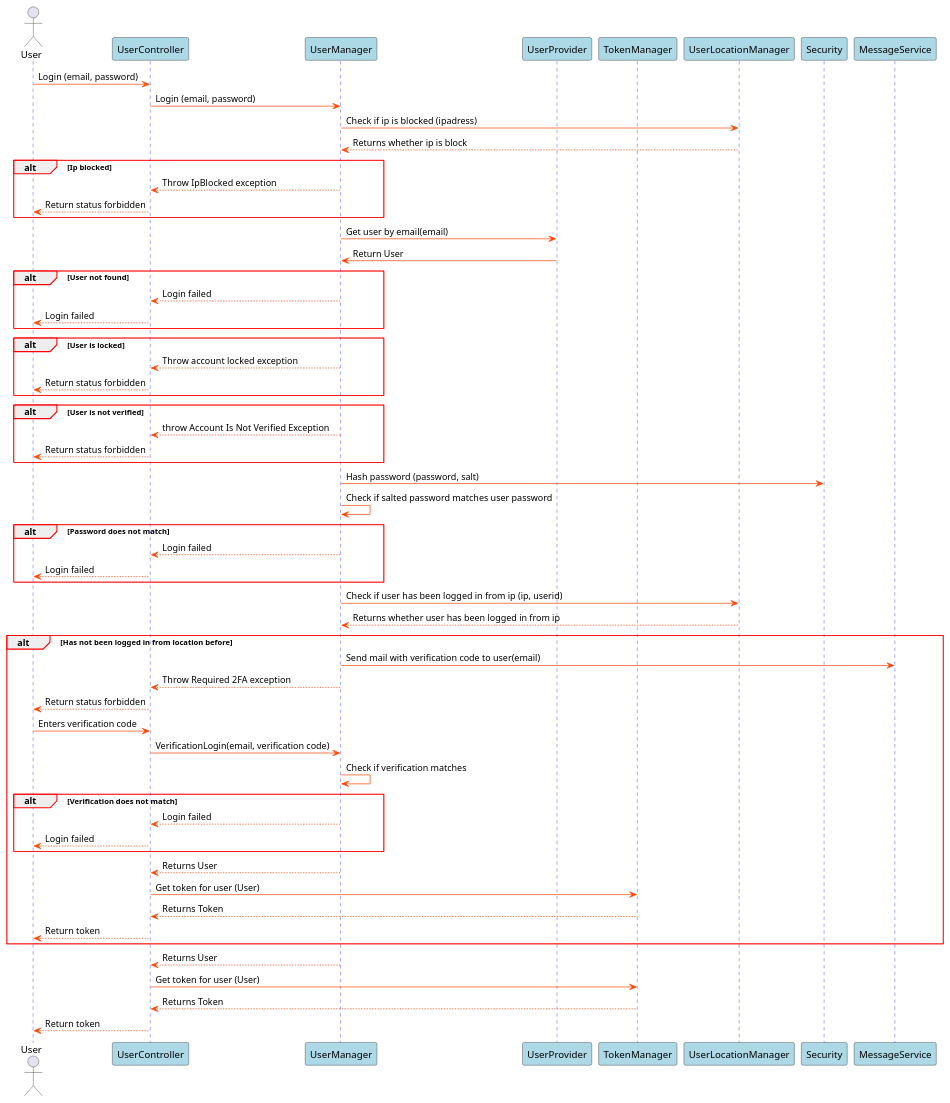
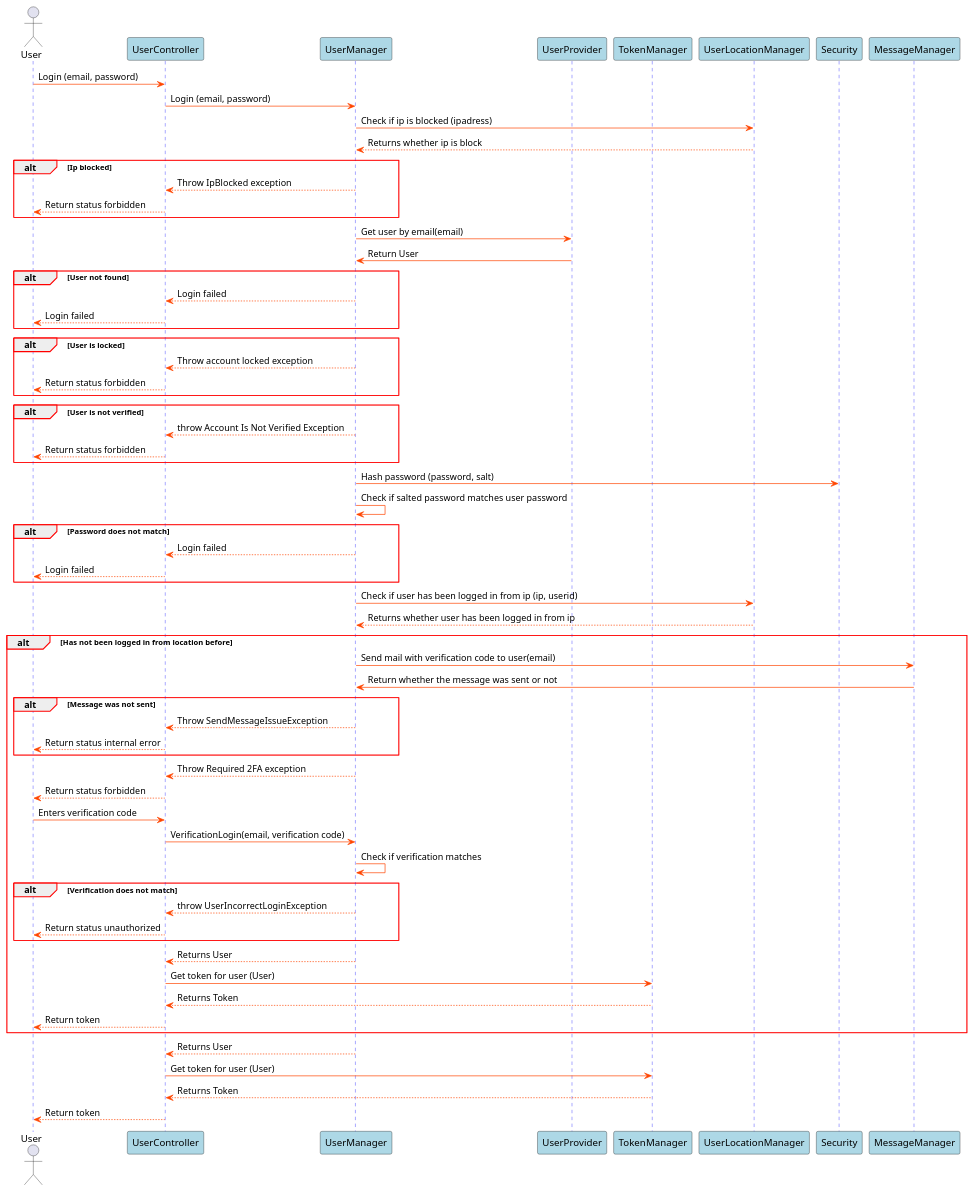
One commit to blackout1471/trust-us-school changed the diagram in Docs/SDDiagrams/LoginSD.plantuml. Above: the diagram before and after it, drawn with PlantUML. The commit also changed 27 other files, not shown here.

First line of the commit message:
Refactored MessageService and added Diagram (#24)

```diff
--- a/Docs/SDDiagrams/LoginSD.plantuml
+++ b/Docs/SDDiagrams/LoginSD.plantuml
@@ -1,97 +1,103 @@
 @startuml Login SD
 
 skinparam sequence {
     GroupBorderColor red
     GroupBorderThickness 1
 
     ArrowColor orangered
 
     LifeLineBorderColor blue
 
     ParticipantBackgroundColor lightblue
 }
 
 actor User
 participant UserController
 participant UserManager
 participant UserProvider
 participant TokenManager
 participant UserLocationManager
 participant Security
 
 User->UserController: Login (email, password)
 UserController->UserManager: Login (email, password)
 UserManager->UserLocationManager: Check if ip is blocked (ipadress)
 UserLocationManager-->UserManager: Returns whether ip is block
 
 alt Ip blocked
 UserManager-->UserController: Throw IpBlocked exception
 UserController-->User: Return status forbidden
 end
 
 UserManager->UserProvider: Get user by email(email)
 UserProvider->UserManager: Return User
 
 
 alt User not found
 
 UserManager-->UserController: Login failed
 UserController-->User: Login failed
 
 end
 
 alt User is locked
 
 UserManager-->UserController: Throw account locked exception
 UserController-->User: Return status forbidden
 
 end
 
 alt User is not verified
 
 UserManager-->UserController: throw Account Is Not Verified Exception
 UserController-->User: Return status forbidden
 
 end
 
 UserManager->Security: Hash password (password, salt)
 UserManager->UserManager: Check if salted password matches user password
 
 alt Password does not match
 
 UserManager-->UserController: Login failed
 UserController-->User: Login failed
 
 end
 
 
 UserManager->UserLocationManager: Check if user has been logged in from ip (ip, userid)
 UserLocationManager-->UserManager: Returns whether user has been logged in from ip
 
 alt Has not been logged in from location before
 
-UserManager->MessageService: Send mail with verification code to user(email)
+UserManager->MessageManager: Send mail with verification code to user(email)
+MessageManager->UserManager: Return whether the message was sent or not
+alt Message was not sent
+
+UserManager --> UserController: Throw SendMessageIssueException
+UserController --> User: Return status internal error
+end
 UserManager-->UserController: Throw Required 2FA exception
 UserController-->User: Return status forbidden
 User->UserController: Enters verification code
 UserController->UserManager: VerificationLogin(email, verification code)
 UserManager->UserManager: Check if verification matches
 alt Verification does not match
 
-UserManager-->UserController: Login failed
-UserController-->User: Login failed
+UserManager-->UserController: throw UserIncorrectLoginException
+UserController-->User: Return status unauthorized
 
 end
 UserManager-->UserController: Returns User
 UserController->TokenManager: Get token for user (User)
 TokenManager-->UserController: Returns Token
 UserController-->User: Return token
 end
 
 UserManager-->UserController: Returns User
 UserController->TokenManager: Get token for user (User)
 TokenManager-->UserController: Returns Token
 
 UserController-->User: Return token
 
 @enduml
```
